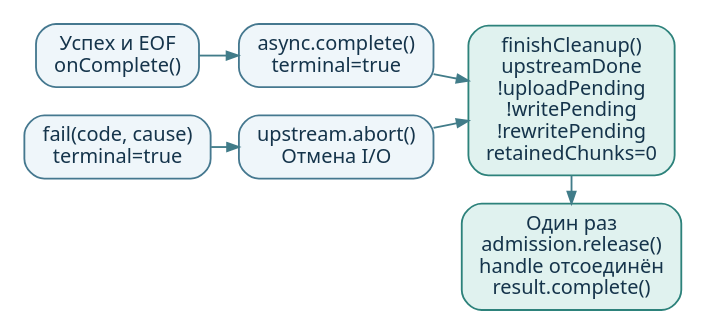
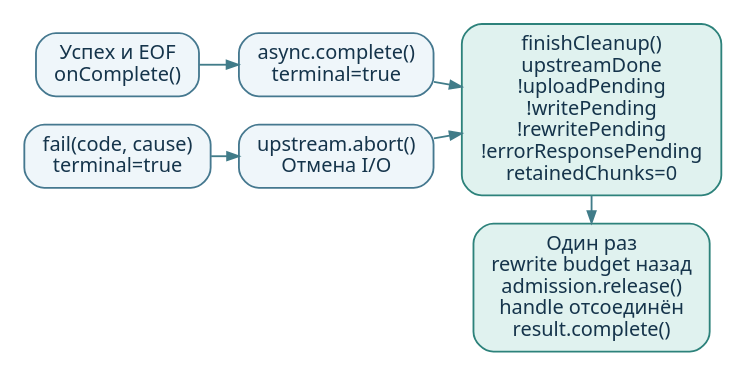
One commit to AlFlanker/NettyPet changed the diagram in jetty-client-example/docs/diagrams/lifecycle.dot. Above: the diagram before and after it, drawn with Graphviz. The commit also changed 16 other files, not shown here.

```diff
--- a/jetty-client-example/docs/diagrams/lifecycle.dot
+++ b/jetty-client-example/docs/diagrams/lifecycle.dot
@@ -1,21 +1,21 @@
 digraph lifecycle {
   graph [rankdir=LR, bgcolor="white", pad="0.10", nodesep="0.23", ranksep="0.24", splines=polyline];
   node [shape=box, style="rounded,filled", fontname="Noto Sans", fontsize=12, fontcolor="#15344B", fillcolor="#EFF6FA", color="#45788F", penwidth=1.1, margin="0.14,0.09"];
   edge [color="#417C89", penwidth=1.1, arrowsize=0.7, fontname="Noto Sans", fontsize=12, fontcolor="#15344B"];
 
   success [label="Успех и EOF\nonComplete()"];
   finish [label="async.complete()\nterminal=true"];
   failure [label="fail(code, cause)\nterminal=true"];
   cancel [label="upstream.abort()\nОтмена I/O"];
-  gates [label="finishCleanup()\nupstreamDone\n!uploadPending\n!writePending\n!rewritePending\nretainedChunks=0", fillcolor="#E0F2EF", color="#2D827B"];
-  release [label="Один раз\nadmission.release()\nhandle отсоединён\nresult.complete()", fillcolor="#E0F2EF", color="#2D827B"];
+  gates [label="finishCleanup()\nupstreamDone\n!uploadPending\n!writePending\n!rewritePending\n!errorResponsePending\nretainedChunks=0", fillcolor="#E0F2EF", color="#2D827B"];
+  release [label="Один раз\nrewrite budget назад\nadmission.release()\nhandle отсоединён\nresult.complete()", fillcolor="#E0F2EF", color="#2D827B"];
 
   { rank=same; success; failure; }
   { rank=same; finish; cancel; }
   { rank=same; gates; release; }
   success -> finish;
   failure -> cancel;
   finish -> gates;
   cancel -> gates;
   gates -> release [constraint=false];
 }
```
